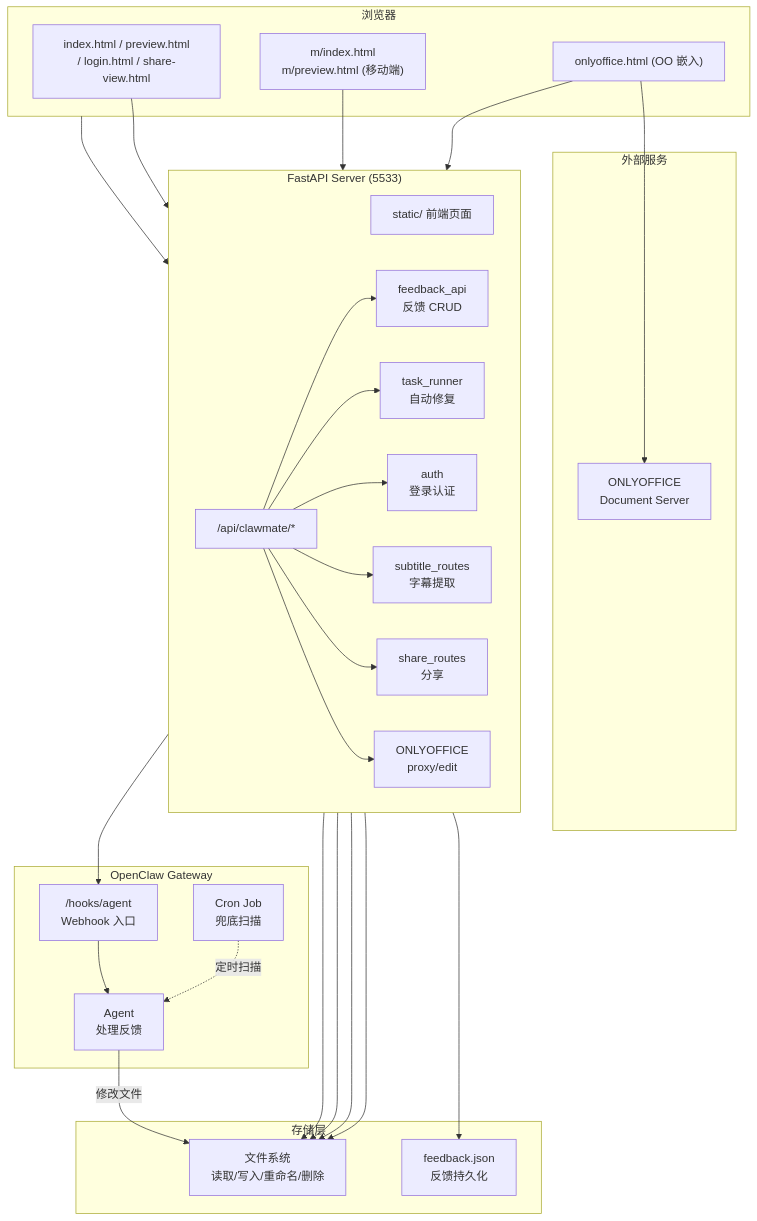
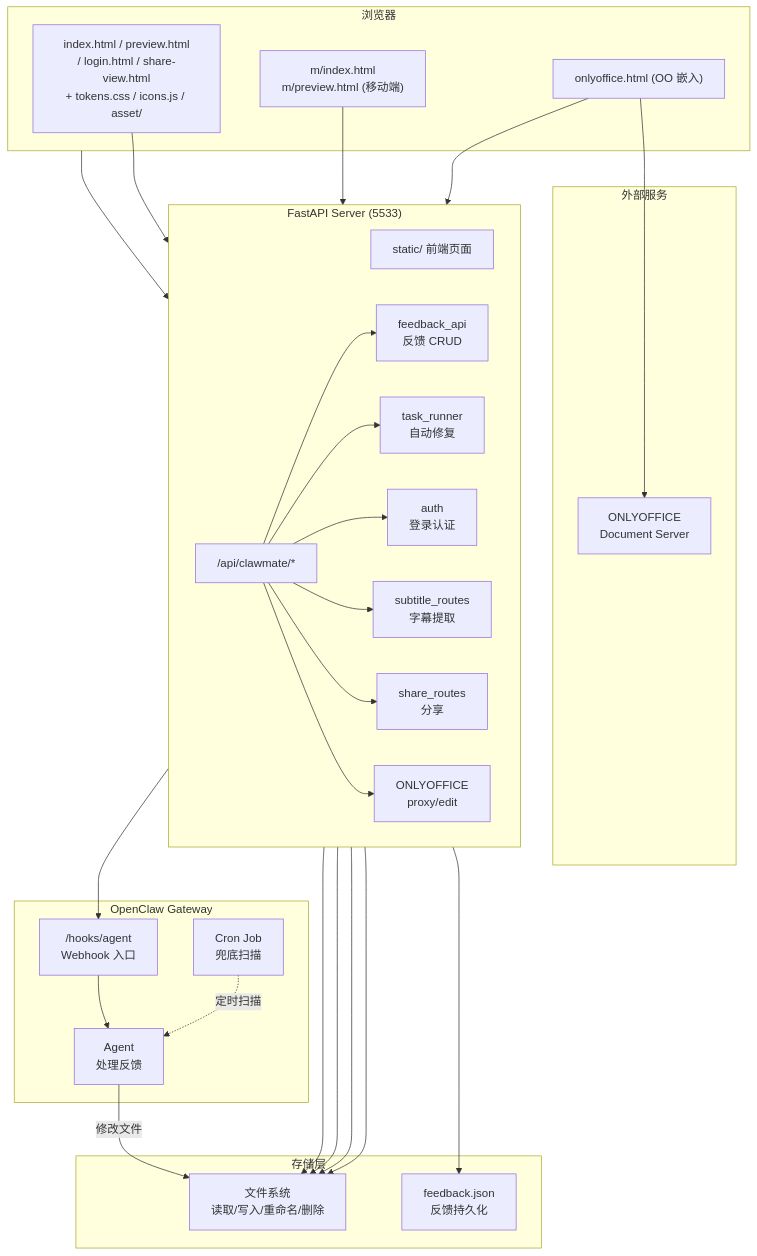
Before and after one commit to updatedb/clawmate: the third of 3 diagrams in README.md, drawn with Mermaid. The commit also changed other lines of this file, not shown here.

First line of the commit message:
docs: update README — new design tokens, icon system, asset directory

````diff
--- a/README.md
+++ b/README.md
@@ -181,72 +181,72 @@
 ```mermaid
 flowchart TB
     subgraph Browser["浏览器"]
-        UI["index.html / preview.html\n/ login.html / share-view.html"]
+        UI["index.html / preview.html\n/ login.html / share-view.html\n+ tokens.css / icons.js / asset/"]
         MOBILE["m/index.html\nm/preview.html (移动端)"]
         OO["onlyoffice.html (OO 嵌入)"]
     end
 
     subgraph Server["FastAPI Server (5533)"]
         direction LR
         STATIC["static/ 前端页面"]
         API["/api/clawmate/*"]
         FEEDBACK["feedback_api
 反馈 CRUD"]
         TASK["task_runner
 自动修复"]
         AUTH["auth
 登录认证"]
         SUB["subtitle_routes
 字幕提取"]
         SHARE["share_routes
 分享"]
         OOAPI["ONLYOFFICE
 proxy/edit"]
     end
 
     subgraph Storage["存储层"]
         FS["文件系统
 读取/写入/重命名/删除"]
         FB_JSON["feedback.json
 反馈持久化"]
     end
 
     subgraph OpenClaw["OpenClaw Gateway"]
         HOOK["/hooks/agent
 Webhook 入口"]
         AGENT["Agent
 处理反馈"]
         CRON["Cron Job
 兜底扫描"]
     end
 
     subgraph External["外部服务"]
         OODS["ONLYOFFICE
 Document Server"]
     end
 
     UI --> STATIC
     MOBILE --> STATIC
     OO --> OOAPI
     OO --> OODS
 
     Browser --> API
 
     API --> FEEDBACK
     API --> TASK
     API --> AUTH
     API --> SUB
     API --> SHARE
     API --> OOAPI
 
     FEEDBACK --> FB_JSON
     TASK --> FS
     SUB --> FS
     SHARE --> FS
     API --> FS
 
     FEEDBACK --> HOOK
     HOOK --> AGENT
     AGENT -->|修改文件| FS
     CRON -.->|定时扫描| AGENT
 ```
````
